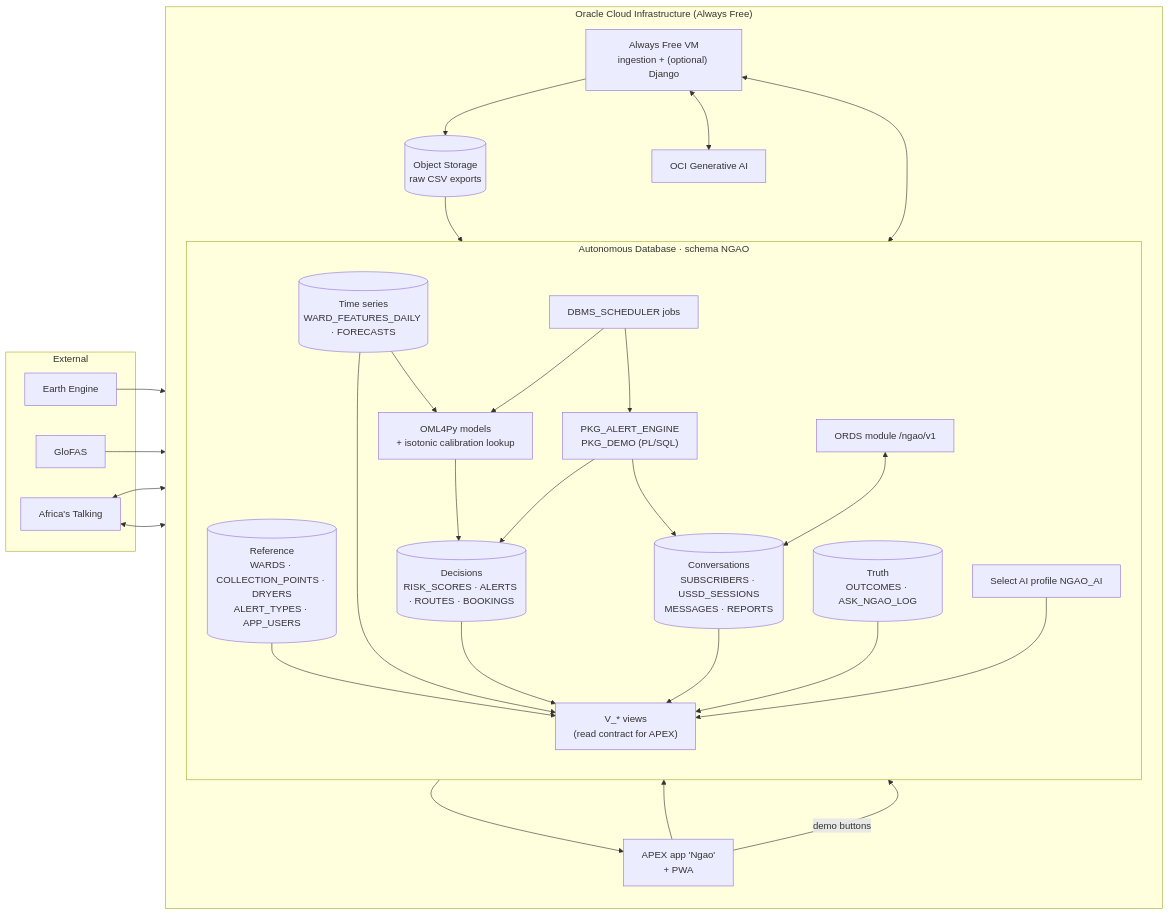
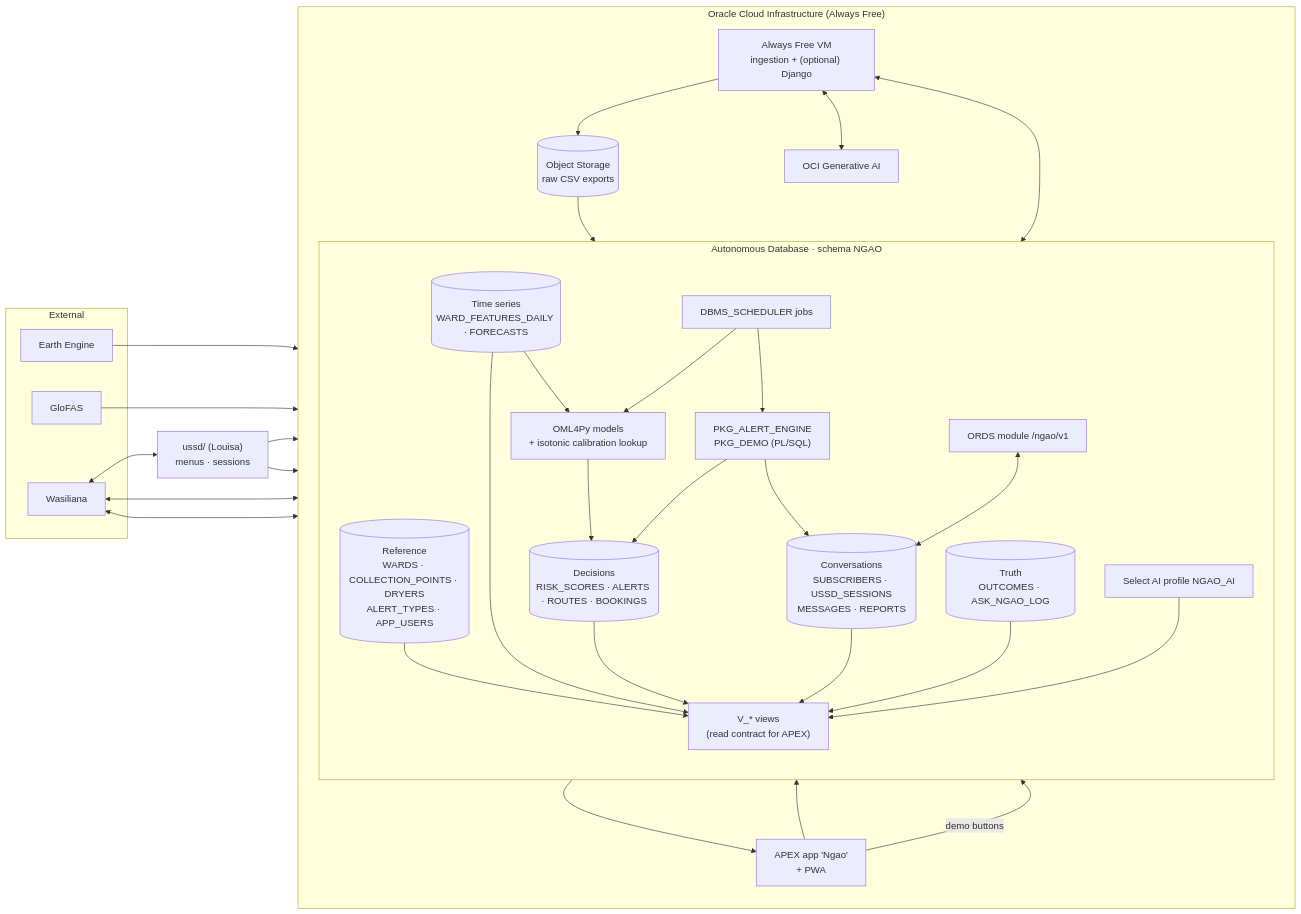
The second of 8 diagrams in docs/ARCHITECTURE.md (ChristopherKiokoStrathmore/DrainSense-Global), drawn with Mermaid before and after one commit. The commit also changed other lines of this file and 14 other files, not shown here.

````diff
--- a/docs/ARCHITECTURE.md
+++ b/docs/ARCHITECTURE.md
@@ -66,46 +68,50 @@
 ```mermaid
 flowchart LR
   subgraph OCI["Oracle Cloud Infrastructure (Always Free)"]
     direction TB
     subgraph ADB["Autonomous Database · schema NGAO"]
       direction TB
       T1[("Reference<br/>WARDS · COLLECTION_POINTS · DRYERS<br/>ALERT_TYPES · APP_USERS")]
       T2[("Time series<br/>WARD_FEATURES_DAILY · FORECASTS")]
       T3[("Decisions<br/>RISK_SCORES · ALERTS · ROUTES · BOOKINGS")]
       T4[("Conversations<br/>SUBSCRIBERS · USSD_SESSIONS<br/>MESSAGES · REPORTS")]
       T5[("Truth<br/>OUTCOMES · ASK_NGAO_LOG")]
       V["V_* views<br/>(read contract for APEX)"]
       OML["OML4Py models<br/>+ isotonic calibration lookup"]
       PLSQL["PKG_ALERT_ENGINE<br/>PKG_DEMO (PL/SQL)"]
       SCHED["DBMS_SCHEDULER jobs"]
       SAI["Select AI profile NGAO_AI"]
       ORDSN["ORDS module /ngao/v1"]
     end
     APEXN["APEX app 'Ngao'<br/>+ PWA"]
     GENAI["OCI Generative AI"]
     OSTORE[("Object Storage<br/>raw CSV exports")]
     VM["Always Free VM<br/>ingestion + (optional) Django"]
   end
   subgraph EXT["External"]
     GEE["Earth Engine"]
     EWDS["GloFAS"]
-    AT["Africa's Talking"]
+    WA["Wasiliana"]
   end
+  USSDAPP["ussd/ (Louisa)<br/>menus · sessions"]
 
   GEE --> VM --> OSTORE --> T2
   EWDS --> VM
   T2 --> OML --> T3
   SCHED --> OML
   SCHED --> PLSQL
   PLSQL --> T3
   PLSQL --> T4
   T1 & T2 & T3 & T4 & T5 --> V
   V --> APEXN
   APEXN --> SAI --> V
   APEXN -- "demo buttons" --> PLSQL
-  AT <--> VM
-  AT <--> ORDSN
+  WA <--> USSDAPP
+  WA <--> VM
+  USSDAPP --> VM
+  WA <--> ORDSN
   VM <--> T4
+  USSDAPP --> T4
   ORDSN <--> T4
   VM <--> GENAI
 ```
````
